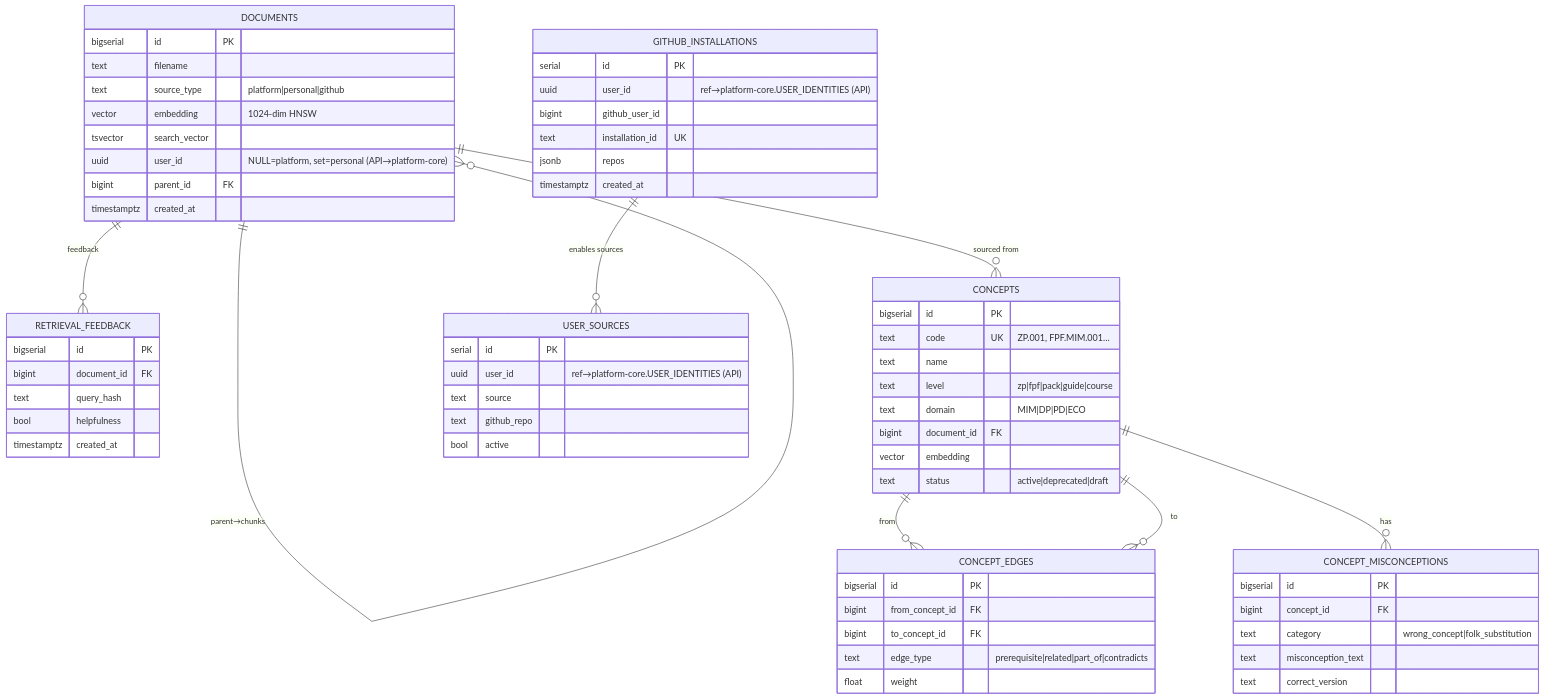
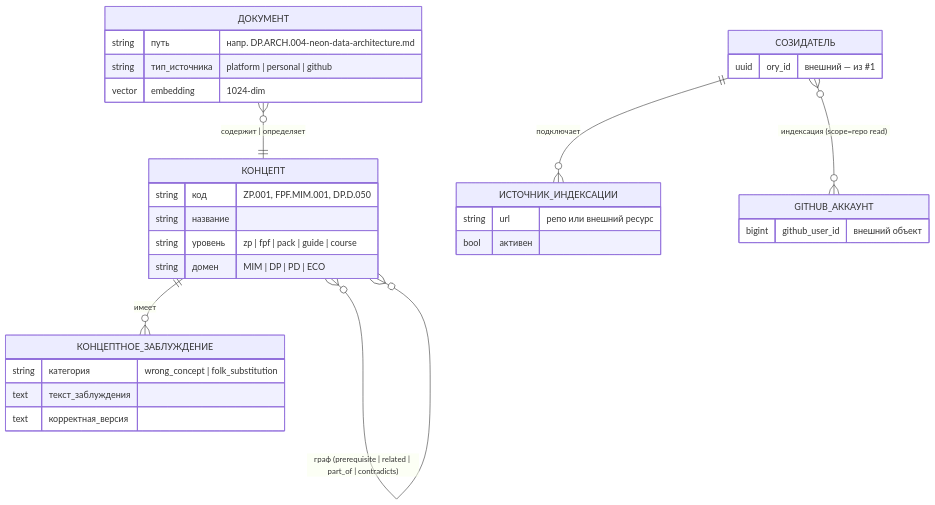
Before and after one commit to TserenTserenov/PACK-digital-platform: the eighth of 14 diagrams in pack/digital-platform/02-domain-entities/DP.ARCH.004-neon-data-architecture.md, drawn with Mermaid. The commit also changed other lines of this file, not shown here.

First line of the commit message:
docs(arch.004): §5 ER-диаграммы 9 БД — концептуальные (WP-228 Ф9)

````diff
--- a/pack/digital-platform/02-domain-entities/DP.ARCH.004-neon-data-architecture.md
+++ b/pack/digital-platform/02-domain-entities/DP.ARCH.004-neon-data-architecture.md
@@ -962,73 +908,35 @@
 ```mermaid
 erDiagram
-    DOCUMENTS {
-        bigserial   id              PK
-        text        filename
-        text        source_type     "platform|personal|github"
-        vector      embedding       "1024-dim HNSW"
-        tsvector    search_vector
-        uuid        user_id         "NULL=platform, set=personal (API→platform-core)"
-        bigint      parent_id       FK
-        timestamptz created_at
+    ДОКУМЕНТ }o--|| КОНЦЕПТ : "содержит | определяет"
+    КОНЦЕПТ }o--o{ КОНЦЕПТ : "граф (prerequisite | related | part_of | contradicts)"
+    КОНЦЕПТ ||--o{ КОНЦЕПТНОЕ_ЗАБЛУЖДЕНИЕ : "имеет"
+    СОЗИДАТЕЛЬ ||--o{ ИСТОЧНИК_ИНДЕКСАЦИИ : "подключает"
+    СОЗИДАТЕЛЬ }o--o{ GITHUB_АККАУНТ : "индексация (scope=repo read)"
+
+    ДОКУМЕНТ {
+        string путь "напр. DP.ARCH.004-neon-data-architecture.md"
+        string тип_источника "platform | personal | github"
+        vector embedding "1024-dim"
     }
-
-    RETRIEVAL_FEEDBACK {
-        bigserial   id              PK
-        bigint      document_id     FK
-        text        query_hash
-        bool        helpfulness
-        timestamptz created_at
+    КОНЦЕПТ {
+        string код "ZP.001, FPF.MIM.001, DP.D.050"
+        string название
+        string уровень "zp | fpf | pack | guide | course"
+        string домен "MIM | DP | PD | ECO"
     }
-
-    CONCEPTS {
-        bigserial   id              PK
-        text        code            UK  "ZP.001, FPF.MIM.001…"
-        text        name
-        text        level           "zp|fpf|pack|guide|course"
-        text        domain          "MIM|DP|PD|ECO"
-        bigint      document_id     FK
-        vector      embedding
-        text        status          "active|deprecated|draft"
+    КОНЦЕПТНОЕ_ЗАБЛУЖДЕНИЕ {
+        string категория "wrong_concept | folk_substitution"
+        text текст_заблуждения
+        text корректная_версия
     }
-
-    CONCEPT_EDGES {
-        bigserial   id              PK
-        bigint      from_concept_id FK
-        bigint      to_concept_id   FK
-        text        edge_type       "prerequisite|related|part_of|contradicts"
-        float       weight
+    ИСТОЧНИК_ИНДЕКСАЦИИ {
+        string url "репо или внешний ресурс"
+        bool активен
     }
-
-    CONCEPT_MISCONCEPTIONS {
-        bigserial   id              PK
-        bigint      concept_id      FK
-        text        category        "wrong_concept|folk_substitution"
-        text        misconception_text
-        text        correct_version
+    СОЗИДАТЕЛЬ {
+        uuid ory_id "внешний — из #1"
     }
-
-    GITHUB_INSTALLATIONS {
-        serial      id              PK
-        uuid        user_id         "ref→platform-core.USER_IDENTITIES (API)"
-        bigint      github_user_id
-        text        installation_id UK
-        jsonb       repos
-        timestamptz created_at
+    GITHUB_АККАУНТ {
+        bigint github_user_id "внешний объект"
     }
-
-    USER_SOURCES {
-        serial      id              PK
-        uuid        user_id         "ref→platform-core.USER_IDENTITIES (API)"
-        text        source
-        text        github_repo
-        bool        active
-    }
-
-    DOCUMENTS ||--o{ DOCUMENTS : "parent→chunks"
-    DOCUMENTS ||--o{ RETRIEVAL_FEEDBACK : "feedback"
-    DOCUMENTS ||--o{ CONCEPTS : "sourced from"
-    CONCEPTS ||--o{ CONCEPT_EDGES : "from"
-    CONCEPTS ||--o{ CONCEPT_EDGES : "to"
-    CONCEPTS ||--o{ CONCEPT_MISCONCEPTIONS : "has"
-    GITHUB_INSTALLATIONS ||--o{ USER_SOURCES : "enables sources"
 ```
````
